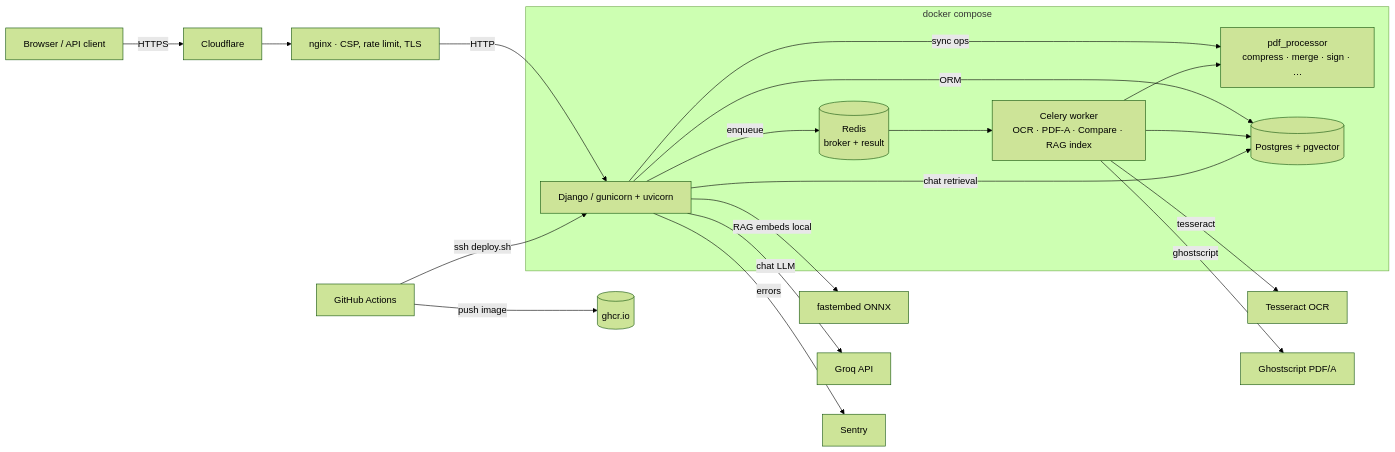
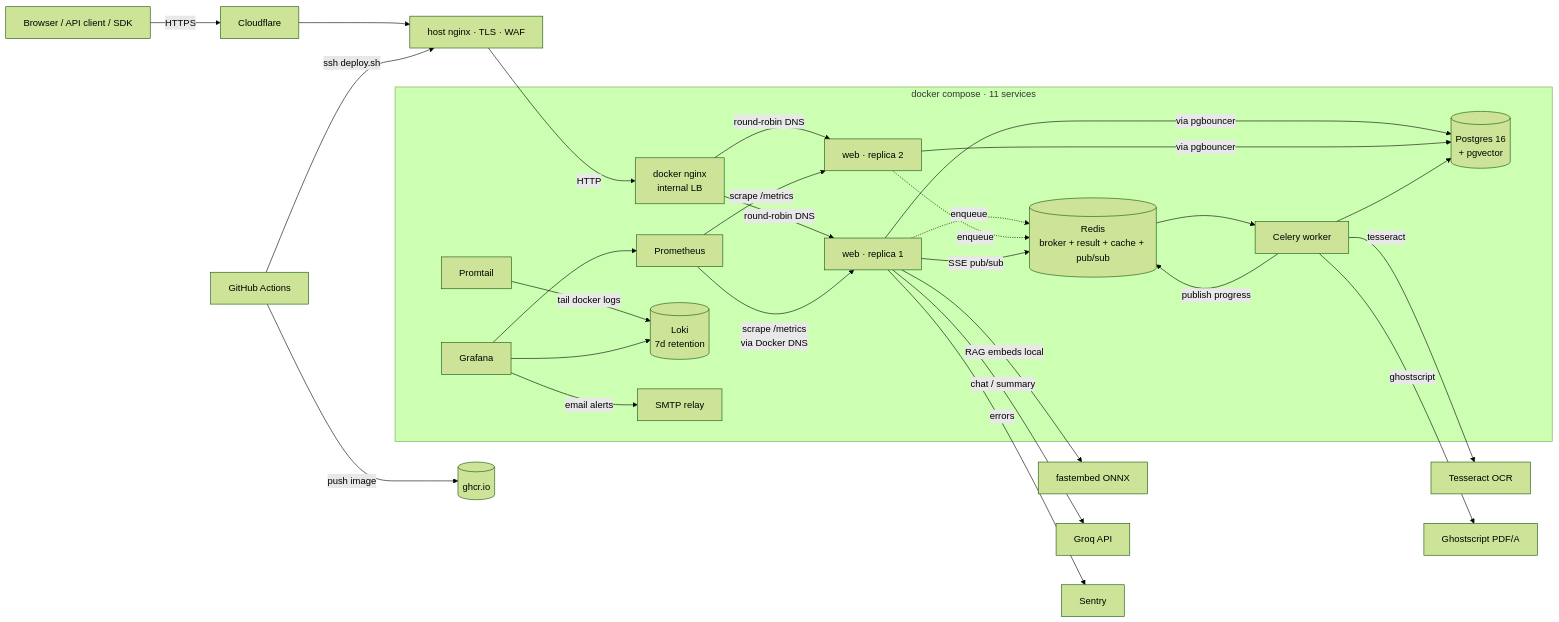
The first of 2 diagrams in README.md (Alexandru2984/pdf_Editor_v2), drawn with Mermaid (forest theme) before and after one commit. The commit also changed other lines of this file, not shown here.

Commit message:
docs(readme): expand with observability + SDK + perf numbers

````diff
--- a/README.md
+++ b/README.md
@@ -47,25 +80,35 @@
 ```mermaid
 flowchart LR
-    Client[Browser / API client] -->|HTTPS| CF[Cloudflare]
-    CF --> Nginx[nginx · CSP, rate limit, TLS]
-    Nginx -->|HTTP| Web[Django / gunicorn + uvicorn]
+    Client[Browser / API client / SDK] -->|HTTPS| CF[Cloudflare]
+    CF --> HostNginx[host nginx · TLS · WAF]
+    HostNginx -->|HTTP| LB[docker nginx<br/>internal LB]
 
-    subgraph Compose ["docker compose"]
-        Web -->|sync ops| OPS[pdf_processor<br/>compress · merge · sign · …]
-        Web -->|enqueue| Redis[(Redis<br/>broker + result)]
-        Redis --> Worker[Celery worker<br/>OCR · PDF-A · Compare · RAG index]
-        Worker --> OPS
-        Web -->|ORM| DB[(Postgres + pgvector)]
+    subgraph Compose ["docker compose · 11 services"]
+        LB -->|round-robin DNS| Web1[web · replica 1]
+        LB -->|round-robin DNS| Web2[web · replica 2]
+        Web1 -.->|enqueue| Redis[(Redis<br/>broker + result + cache + pub/sub)]
+        Web2 -.->|enqueue| Redis
+        Redis --> Worker[Celery worker]
+        Web1 -->|via pgbouncer| DB[(Postgres 16<br/>+ pgvector)]
+        Web2 -->|via pgbouncer| DB
         Worker --> DB
-        Web -->|chat retrieval| DB
+        Web1 -->|SSE pub/sub| Redis
+        Worker -->|publish progress| Redis
+
+        Prom[Prometheus] -->|scrape /metrics<br/>via Docker DNS| Web1
+        Prom -->|scrape /metrics| Web2
+        Promtail -->|tail docker logs| Loki[(Loki<br/>7d retention)]
+        Grafana --> Prom
+        Grafana --> Loki
+        Grafana -->|email alerts| SMTP[SMTP relay]
     end
 
     Worker -->|tesseract| OCR[Tesseract OCR]
     Worker -->|ghostscript| GS[Ghostscript PDF/A]
-    Web -->|RAG embeds local| FE[fastembed ONNX]
-    Web -->|chat LLM| Groq[Groq API]
-    Web -->|errors| Sentry[Sentry]
+    Web1 -->|RAG embeds local| FE[fastembed ONNX]
+    Web1 -->|chat / summary| Groq[Groq API]
+    Web1 -->|errors| Sentry[Sentry]
 
     GHA[GitHub Actions] -->|push image| GHCR[(ghcr.io)]
-    GHA -->|ssh deploy.sh| Web
+    GHA -->|ssh deploy.sh| HostNginx
 ```
````
